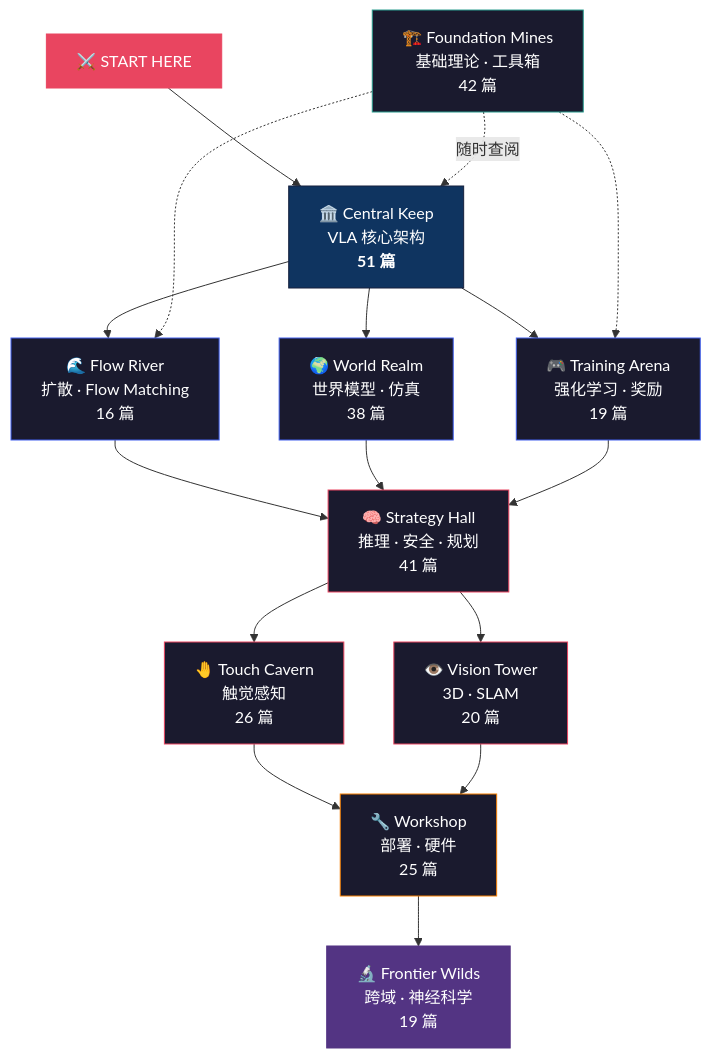
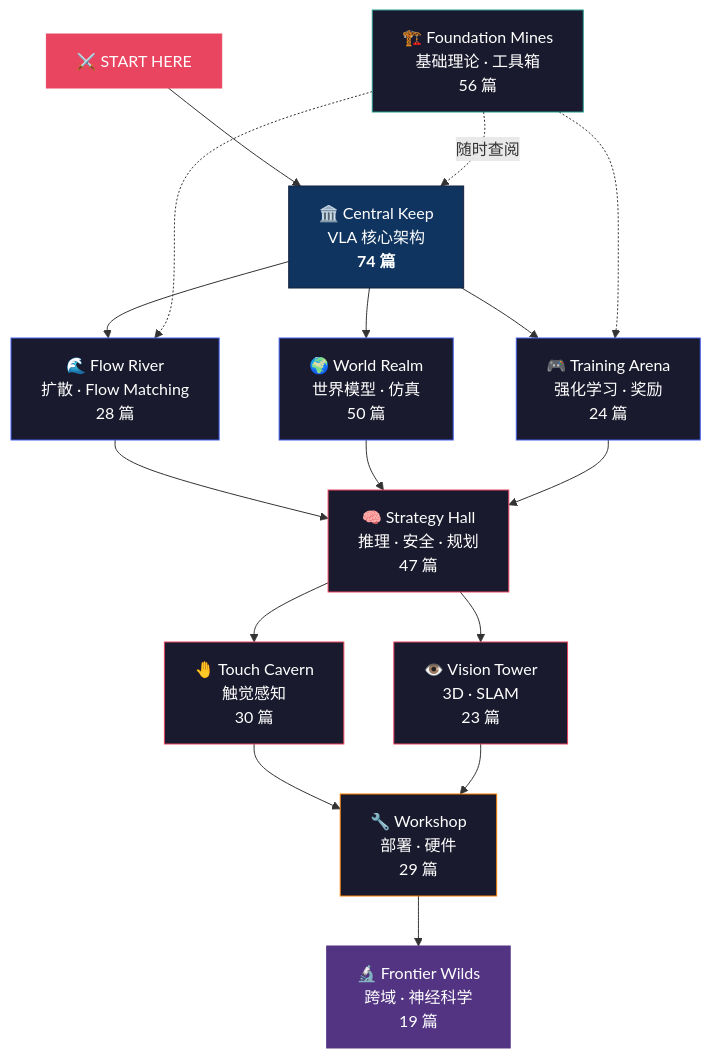
One commit to sou350121/VLA-Handbook changed the diagram in theory/README.md. Above: the diagram before and after it, drawn with Mermaid. The commit also changed other lines of this file and 20 other files, not shown here.

````diff
--- a/theory/README.md
+++ b/theory/README.md
@@ -27,36 +27,36 @@
 ```mermaid
 graph TD
-    START["⚔️ START HERE"] --> CORE["🏛️ Central Keep<br/>VLA 核心架构<br/><b>51 篇</b>"]
+    START["⚔️ START HERE"] --> CORE["🏛️ Central Keep<br/>VLA 核心架构<br/><b>74 篇</b>"]
 
-    CORE --> FLOW["🌊 Flow River<br/>扩散 · Flow Matching<br/>16 篇"]
-    CORE --> WORLD["🌍 World Realm<br/>世界模型 · 仿真<br/>38 篇"]
-    CORE --> RL["🎮 Training Arena<br/>强化学习 · 奖励<br/>19 篇"]
+    CORE --> FLOW["🌊 Flow River<br/>扩散 · Flow Matching<br/>28 篇"]
+    CORE --> WORLD["🌍 World Realm<br/>世界模型 · 仿真<br/>50 篇"]
+    CORE --> RL["🎮 Training Arena<br/>强化学习 · 奖励<br/>24 篇"]
 
-    FLOW --> PLAN["🧠 Strategy Hall<br/>推理 · 安全 · 规划<br/>41 篇"]
+    FLOW --> PLAN["🧠 Strategy Hall<br/>推理 · 安全 · 规划<br/>47 篇"]
     WORLD --> PLAN
     RL --> PLAN
 
-    PLAN --> TOUCH["🤚 Touch Cavern<br/>触觉感知<br/>26 篇"]
-    PLAN --> EYE["👁️ Vision Tower<br/>3D · SLAM<br/>20 篇"]
+    PLAN --> TOUCH["🤚 Touch Cavern<br/>触觉感知<br/>30 篇"]
+    PLAN --> EYE["👁️ Vision Tower<br/>3D · SLAM<br/>23 篇"]
 
-    TOUCH --> DEPLOY["🔧 Workshop<br/>部署 · 硬件<br/>25 篇"]
+    TOUCH --> DEPLOY["🔧 Workshop<br/>部署 · 硬件<br/>29 篇"]
     EYE --> DEPLOY
 
     DEPLOY --> FRONTIER["🔬 Frontier Wilds<br/>跨域 · 神经科学<br/>19 篇"]
 
-    FOUND["🏗️ Foundation Mines<br/>基础理论 · 工具箱<br/>42 篇"] -.->|随时查阅| CORE
+    FOUND["🏗️ Foundation Mines<br/>基础理论 · 工具箱<br/>56 篇"] -.->|随时查阅| CORE
     FOUND -.-> FLOW
     FOUND -.-> RL
 
     style START fill:#e94560,stroke:#e94560,color:#fff
     style CORE fill:#0f3460,stroke:#16213e,color:#fff
     style FLOW fill:#1a1a2e,stroke:#4361ee,color:#fff
     style WORLD fill:#1a1a2e,stroke:#4361ee,color:#fff
     style RL fill:#1a1a2e,stroke:#4361ee,color:#fff
     style PLAN fill:#1a1a2e,stroke:#e94560,color:#fff
     style TOUCH fill:#1a1a2e,stroke:#e94560,color:#fff
     style EYE fill:#1a1a2e,stroke:#e94560,color:#fff
     style DEPLOY fill:#1a1a2e,stroke:#f77f00,color:#fff
     style FRONTIER fill:#533483,stroke:#533483,color:#fff
     style FOUND fill:#1a1a2e,stroke:#2a9d8f,color:#fff
 ```
````
